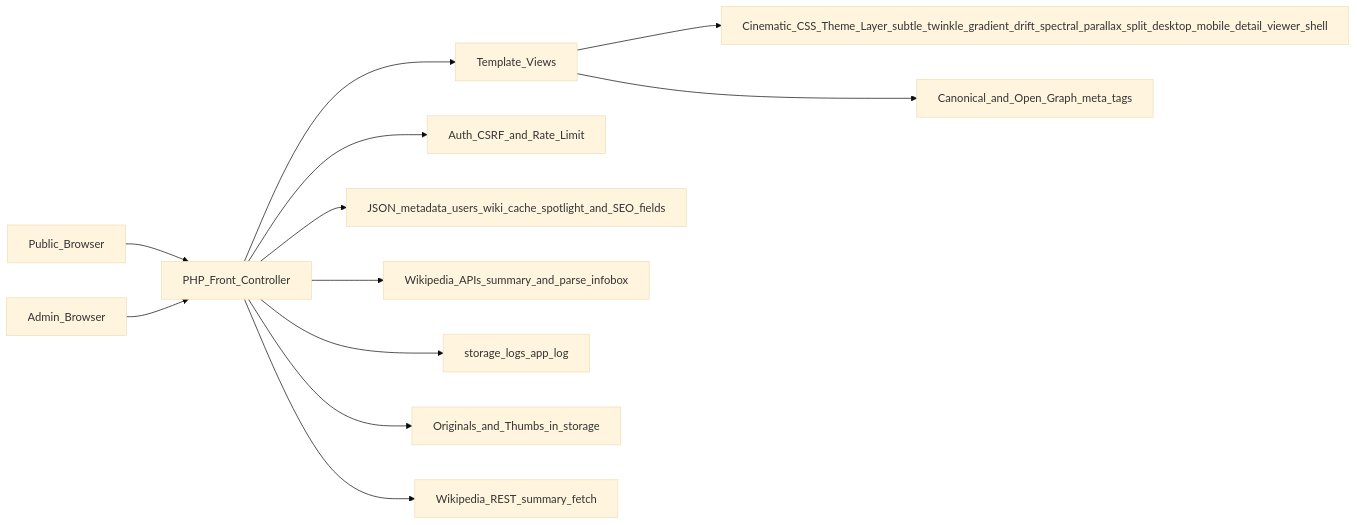
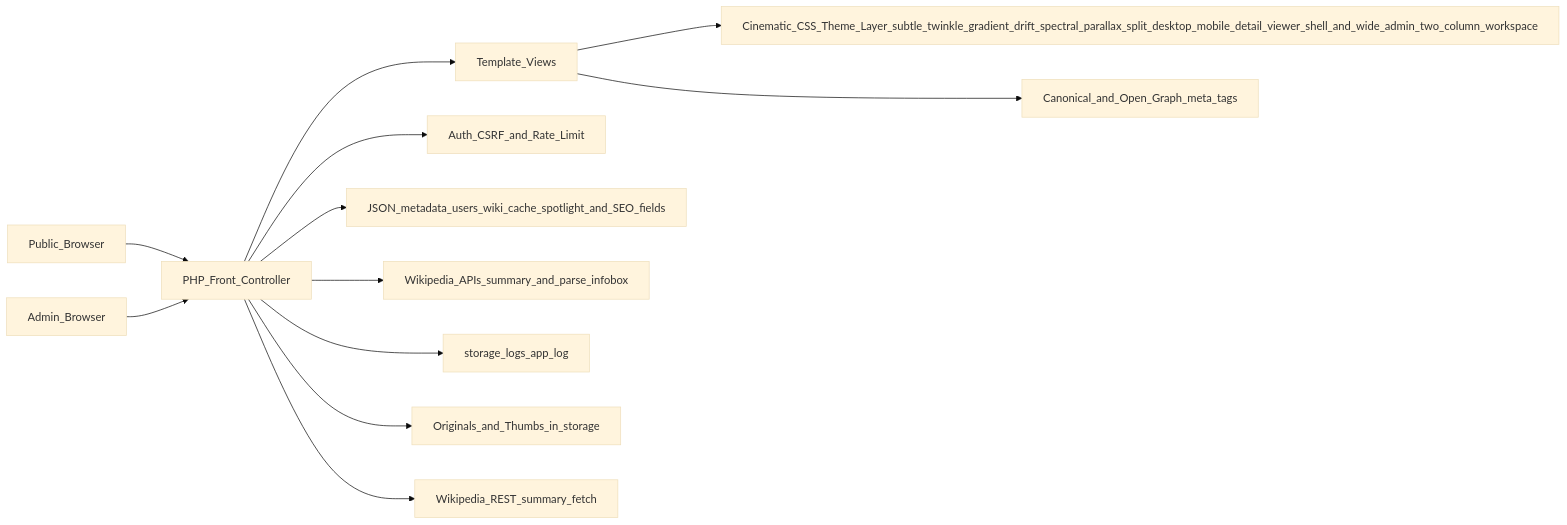
The third of 3 diagrams in README.md (smeird/images), drawn with Mermaid (base theme) before and after one commit. The commit also changed other lines of this file and 3 other files, not shown here.

First line of the commit message:
Admin: shift to side-nav workspace and wider content shell

````diff
--- a/README.md
+++ b/README.md
@@ -199,14 +199,14 @@
 ```mermaid
 graph LR
   Public_Browser --> PHP_Front_Controller
   Admin_Browser --> PHP_Front_Controller
   PHP_Front_Controller --> Template_Views
-  Template_Views --> Cinematic_CSS_Theme_Layer_subtle_twinkle_gradient_drift_spectral_parallax_split_desktop_mobile_detail_viewer_shell
+  Template_Views --> Cinematic_CSS_Theme_Layer_subtle_twinkle_gradient_drift_spectral_parallax_split_desktop_mobile_detail_viewer_shell_and_wide_admin_two_column_workspace
   Template_Views --> Canonical_and_Open_Graph_meta_tags
   PHP_Front_Controller --> Auth_CSRF_and_Rate_Limit
   PHP_Front_Controller --> JSON_metadata_users_wiki_cache_spotlight_and_SEO_fields
   PHP_Front_Controller --> Wikipedia_APIs_summary_and_parse_infobox
   PHP_Front_Controller --> storage_logs_app_log
   PHP_Front_Controller --> Originals_and_Thumbs_in_storage
   PHP_Front_Controller --> Wikipedia_REST_summary_fetch
 ```
````
